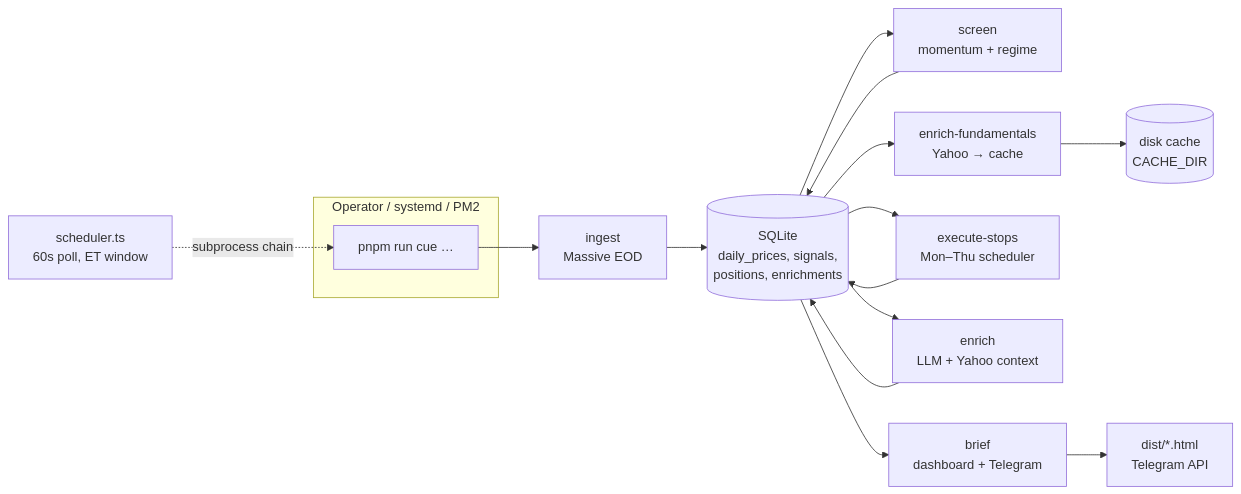
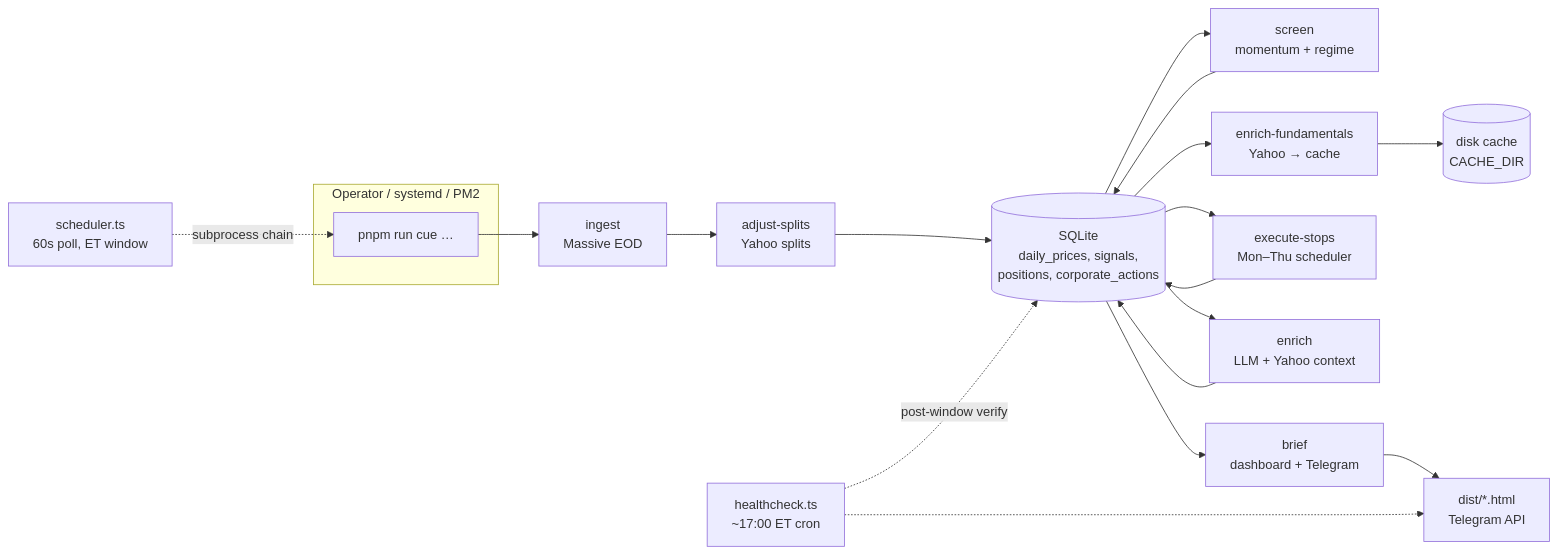
The diagram in README.md (Shubhamjain2908/cue), drawn with Mermaid before and after one commit. The commit also changed other lines of this file and 3 other files, not shown here.

Commit message:
update docs accourding to corporate actions

````diff
--- a/README.md
+++ b/README.md
@@ -31,19 +32,22 @@
 ```mermaid
 flowchart LR
   subgraph ManualOrCron["Operator / systemd / PM2"]
     CLI["pnpm run cue …"]
   end
   CLI --> Ingest["ingest\nMassive EOD"]
-  Ingest --> DB[("SQLite\ndaily_prices, signals,\npositions, enrichments")]
+  Ingest --> Splits["adjust-splits\nYahoo splits"]
+  Splits --> DB[("SQLite\ndaily_prices, signals,\npositions, corporate_actions")]
   DB --> Screen["screen\nmomentum + regime"]
   Screen --> DB
   DB --> Fund["enrich-fundamentals\nYahoo → cache"]
   Fund --> Disk[("disk cache\nCACHE_DIR")]
   DB --> Stops["execute-stops\nMon–Thu scheduler"]
   Stops --> DB
   DB --> LLM["enrich\nLLM + Yahoo context"]
   LLM --> DB
   DB --> Brief["brief\ndashboard + Telegram"]
   Brief --> Out["dist/*.html\nTelegram API"]
   Sched["scheduler.ts\n60s poll, ET window"] -.->|"subprocess chain"| CLI
+  HC["healthcheck.ts\n~17:00 ET cron"] -.->|"post-window verify"| DB
+  HC -.-> Out
 ```
````
